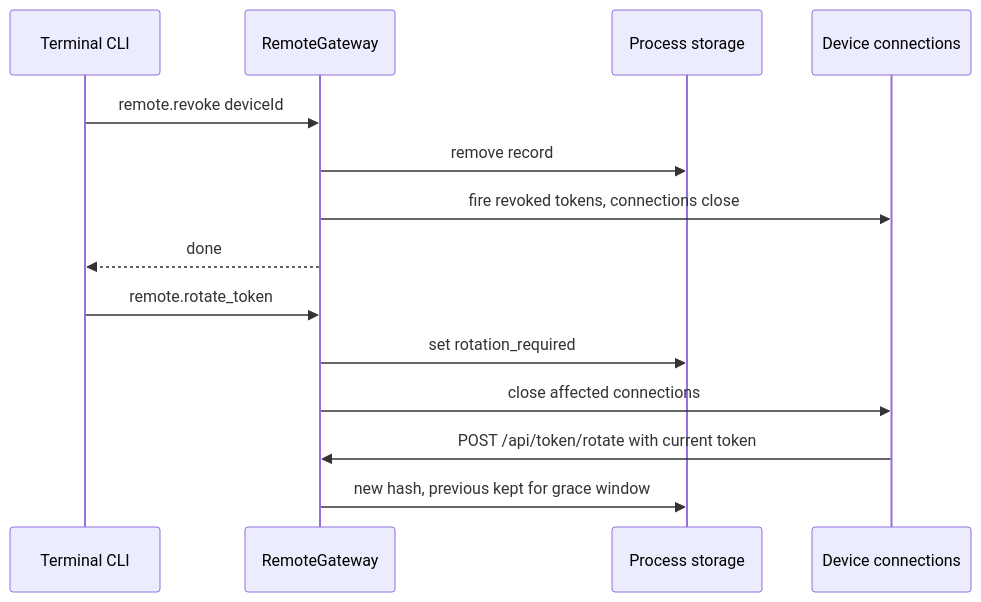
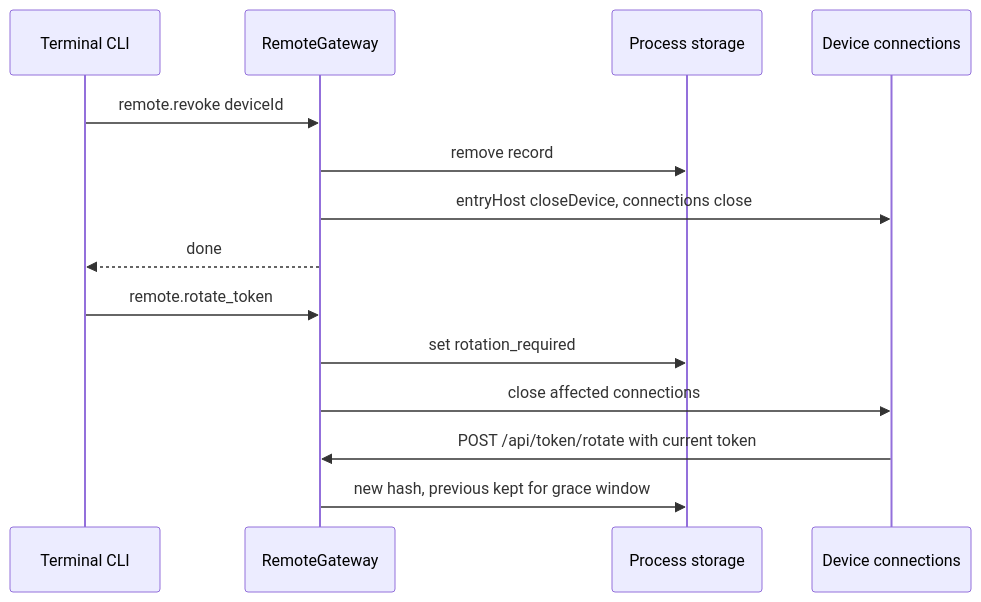
Before and after one commit to CoutinhoTTS/dim-agent: the fifth of 6 diagrams in docs/design/plugins/RemoteGateway.md, drawn with Mermaid. The commit also changed other lines of this file and 2 other files, not shown here.

````diff
--- a/docs/design/plugins/RemoteGateway.md
+++ b/docs/design/plugins/RemoteGateway.md
@@ -123,16 +123,16 @@
 ```mermaid
 sequenceDiagram
   participant U as Terminal CLI
   participant RG as RemoteGateway
   participant PS as Process storage
   participant C as Device connections
   U->>RG: remote.revoke deviceId
   RG->>PS: remove record
-  RG->>C: fire revoked tokens, connections close
+  RG->>C: entryHost closeDevice, connections close
   RG-->>U: done
   U->>RG: remote.rotate_token
   RG->>PS: set rotation_required
   RG->>C: close affected connections
   C->>RG: POST /api/token/rotate with current token
   RG->>PS: new hash, previous kept for grace window
 ```
````
